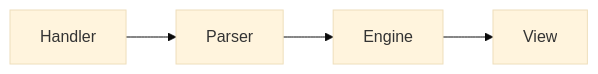
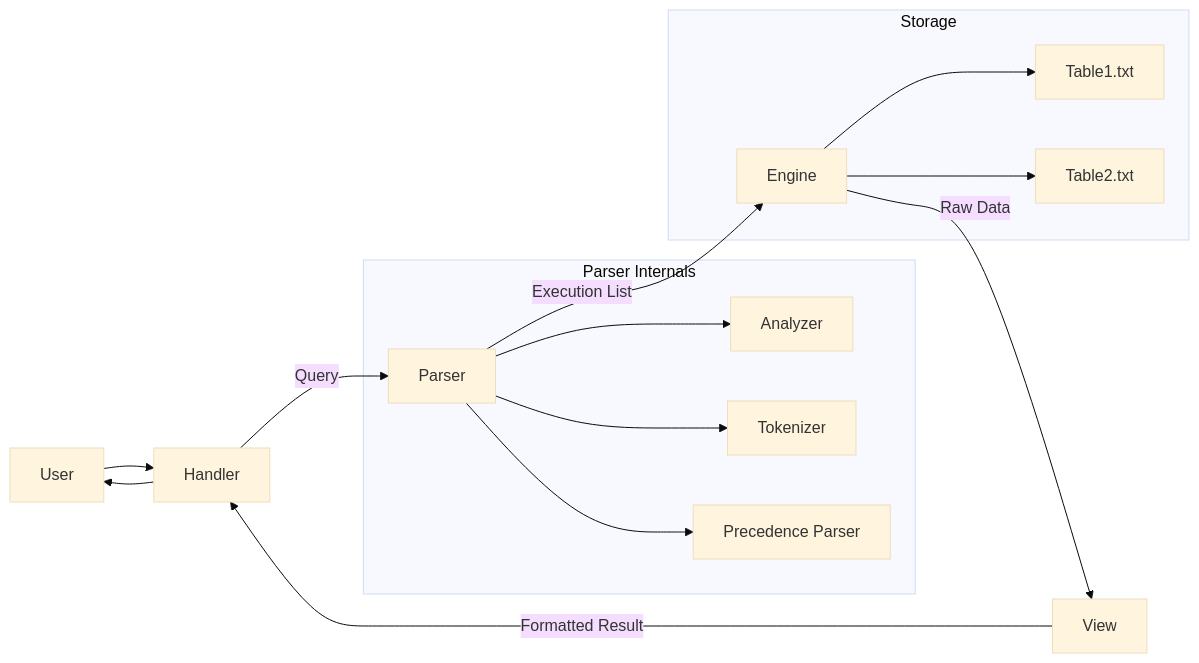
One commit to Flu-iid/blankDB changed the diagram in README.md. Above: the diagram before and after it, drawn with Mermaid (base theme).

Commit message:
mermaid test on real project

````diff
--- a/README.md
+++ b/README.md
@@ -7,6 +20,20 @@
 ```mermaid
 graph LR
-    A[Handler] --> B[Parser]
-    B --> C[Engine]
-    C --> D[View]
+    U[User] --> H[Handler]
+    H -->|Query| P[Parser]
+    P -->|Execution List| E[Engine]
+    E -->|Raw Data| V[View]
+    V -->|Formatted Result| H
+    H --> U
+
+    subgraph Parser Internals
+        P --> A[Analyzer]
+        P --> T[Tokenizer]
+        P --> PP[Precedence Parser]
+    end
+
+    subgraph Storage
+        E --> T1[Table1.txt]
+        E --> T2[Table2.txt]
+    end
 ```
````
